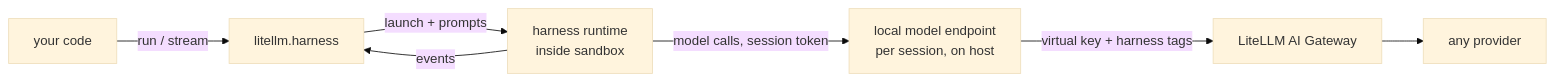
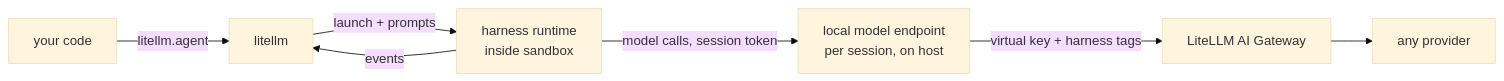
One commit to BerriAI/litellm-docs changed the diagram in docs/harness/index.md. Above: the diagram before and after it, drawn with Mermaid (base theme). The commit also changed other lines of this file, not shown here.

Commit message:
docs: rename harness overview to litellm.agent

````diff
--- a/docs/harness/index.md
+++ b/docs/harness/index.md
@@ -63,9 +57,9 @@
 ```mermaid
 flowchart LR
-    A[your code] -->|run / stream| B[litellm.harness]
+    A[your code] -->|litellm.agent| B[litellm]
     B -->|launch + prompts| C[harness runtime<br/>inside sandbox]
     C -->|events| B
     C -->|model calls, session token| D[local model endpoint<br/>per session, on host]
     D -->|virtual key + harness tags| E[LiteLLM AI Gateway]
     E --> F[any provider]
 ```
````
